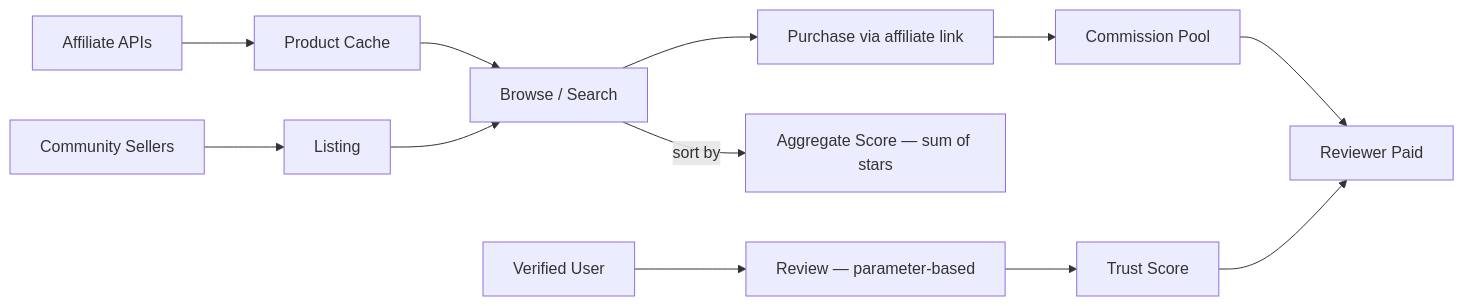
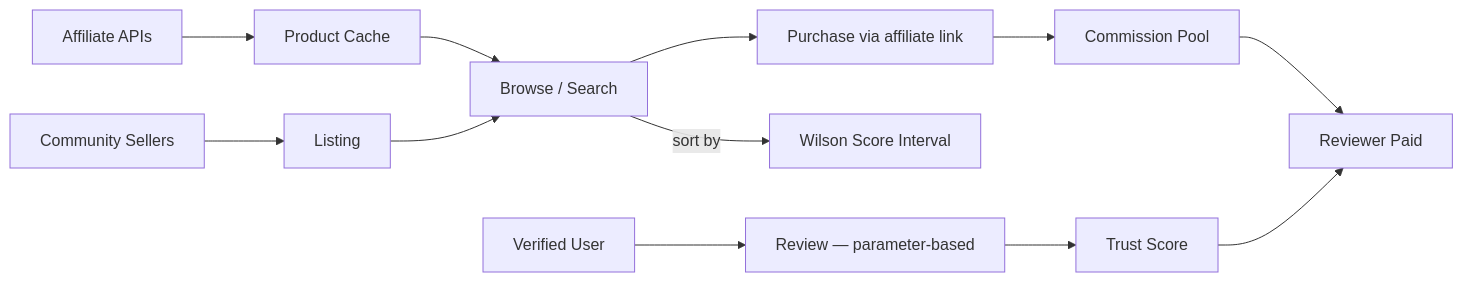
Before and after one commit to thecounterweight/platform: the second of 4 diagrams in CONTRIBUTING.md, drawn with Mermaid. The commit also changed other lines of this file and 15 other files, not shown here.

````diff
--- a/CONTRIBUTING.md
+++ b/CONTRIBUTING.md
@@ -47,14 +72,14 @@
 ```mermaid
 flowchart LR
     A[Affiliate APIs] --> B[Product Cache]
     C[Community Sellers] --> D[Listing]
     B --> E[Browse / Search]
     D --> E
     E --> F[Purchase via affiliate link]
     F --> G[Commission Pool]
     H[Verified User] --> I[Review — parameter-based]
     I --> J[Trust Score]
     G --> K[Reviewer Paid]
     J --> K
-    E -->|sort by| L[Aggregate Score — sum of stars]
+    E -->|sort by| L[Wilson Score Interval]
 ```
````
